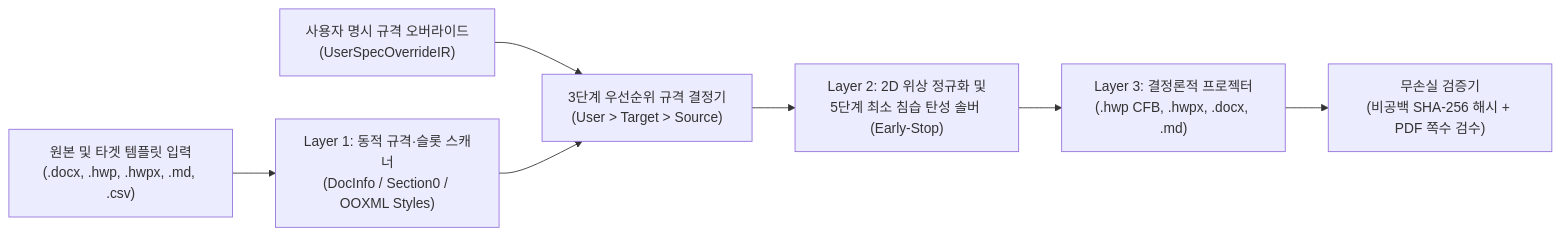
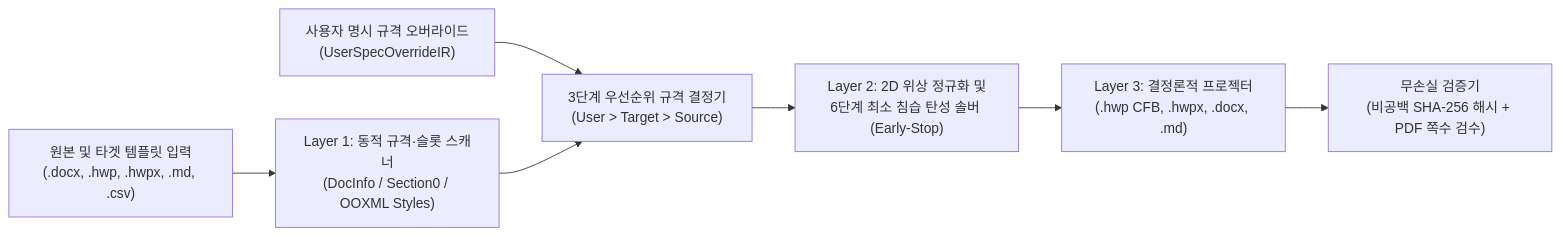
Before and after one commit to Team-Sequence-Thaumaturge/-document-IR: the diagram in README_KO.md, drawn with Mermaid. The commit also changed other lines of this file and 10 other files, not shown here.

````diff
--- a/README_KO.md
+++ b/README_KO.md
@@ -31,9 +31,9 @@
 ```mermaid
 flowchart LR
     A["원본 및 타겟 템플릿 입력<br/>(.docx, .hwp, .hwpx, .md, .csv)"] --> B["Layer 1: 동적 규격·슬롯 스캐너<br/>(DocInfo / Section0 / OOXML Styles)"]
     U["사용자 명시 규격 오버라이드<br/>(UserSpecOverrideIR)"] --> C["3단계 우선순위 규격 결정기<br/>(User > Target > Source)"]
     B --> C
-    C --> D["Layer 2: 2D 위상 정규화 및<br/>5단계 최소 침습 탄성 솔버 (Early-Stop)"]
+    C --> D["Layer 2: 2D 위상 정규화 및<br/>6단계 최소 침습 탄성 솔버 (Early-Stop)"]
     D --> E["Layer 3: 결정론적 프로젝터<br/>(.hwp CFB, .hwpx, .docx, .md)"]
     E --> F["무손실 검증기<br/>(비공백 SHA-256 해시 + PDF 쪽수 검수)"]
 ```
````
